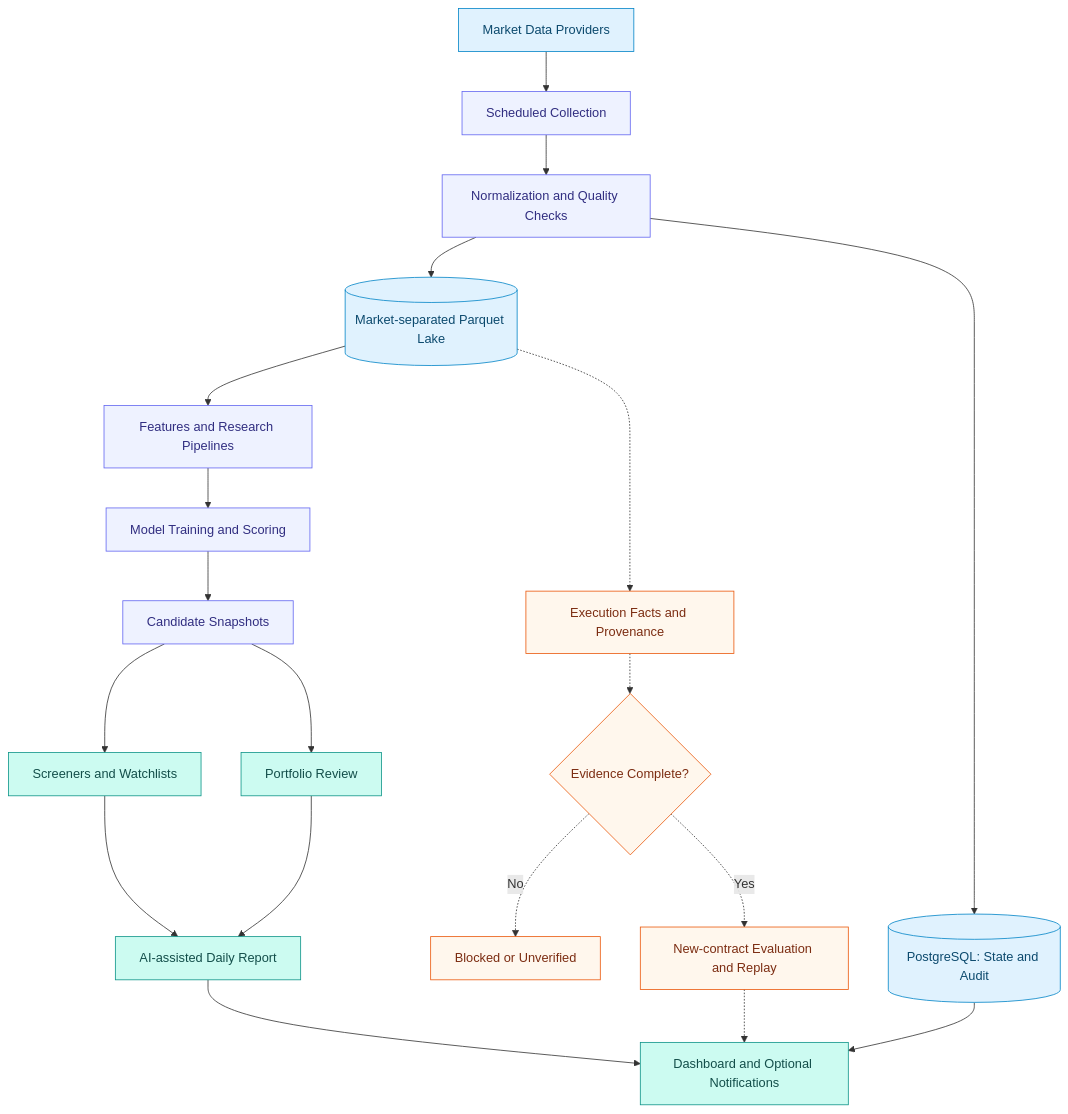
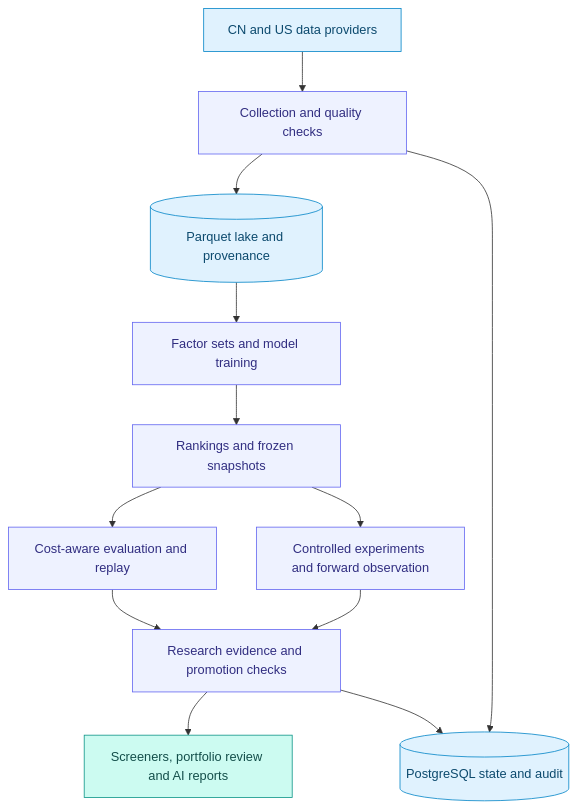
Before and after one commit to free2way/ana-stock: the diagram in README.md, drawn with Mermaid. The commit also changed other lines of this file and 1 other file, not shown here.

Commit message:
docs: position ANA as an evidence-driven quant research platform

````diff
--- a/README.md
+++ b/README.md
@@ -65,29 +74,20 @@
 ```mermaid
 flowchart TD
-    A[Market Data Providers] --> B[Scheduled Collection]
-    B --> C[Normalization and Quality Checks]
-    C --> D[(Market-separated Parquet Lake)]
-    C --> E[(PostgreSQL: State and Audit)]
-    D --> F[Features and Research Pipelines]
-    F --> G[Model Training and Scoring]
-    G --> H[Candidate Snapshots]
-    H --> I[Screeners and Watchlists]
-    H --> J[Portfolio Review]
-    I --> K[AI-assisted Daily Report]
-    J --> K
-    K --> L[Dashboard and Optional Notifications]
-    E --> L
-    D -.-> M[Execution Facts and Provenance]
-    M -.-> N{Evidence Complete?}
-    N -. No .-> O[Blocked or Unverified]
-    N -. Yes .-> P[New-contract Evaluation and Replay]
-    P -.-> L
+    A[CN and US data providers] --> B[Collection and quality checks]
+    B --> C[(Parquet lake and provenance)]
+    C --> D[Factor sets and model training]
+    D --> E[Rankings and frozen snapshots]
+    E --> F[Cost-aware evaluation and replay]
+    E --> G[Controlled experiments and forward observation]
+    F --> H[Research evidence and promotion checks]
+    G --> H
+    H --> I[Screeners, portfolio review and AI reports]
+    B --> J[(PostgreSQL state and audit)]
+    H --> J
     classDef data fill:#e0f2fe,stroke:#0284c7,color:#0c4a6e;
     classDef work fill:#eef2ff,stroke:#6366f1,color:#312e81;
     classDef view fill:#ccfbf1,stroke:#0d9488,color:#134e4a;
-    classDef gate fill:#fff7ed,stroke:#ea580c,color:#7c2d12;
-    class A,D,E data;
-    class B,C,F,G,H work;
-    class I,J,K,L view;
-    class M,N,O,P gate;
+    class A,C,J data;
+    class B,D,E,F,G,H work;
+    class I view;
 ```
````
